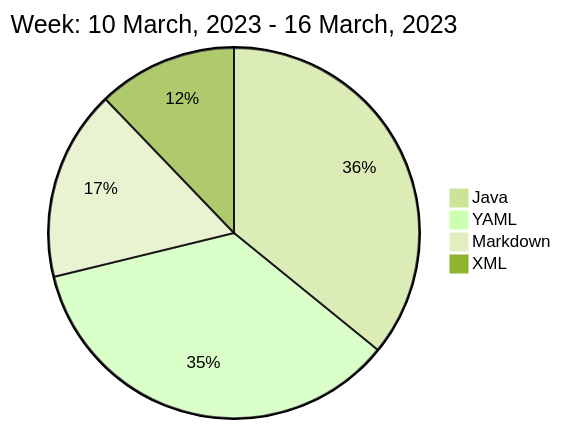
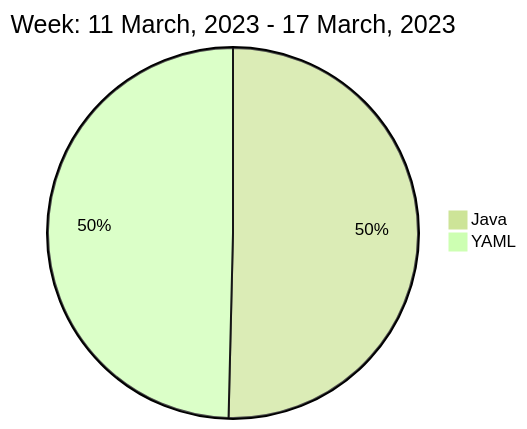
The diagram in README.md (liubin95/liubin95), drawn with Mermaid (forest theme) before and after one commit.

Commit message:
Updated the Graph with new Metrics

````diff
--- a/README.md
+++ b/README.md
@@ -40,8 +40,6 @@
 ```mermaid
  pie
-title Week: 10 March, 2023 - 16 March, 2023
+title Week: 11 March, 2023 - 17 March, 2023
  "Java" : 3.3
  "YAML" : 3.25
- "Markdown" : 1.53
- "XML" : 1.12
 ```
````
